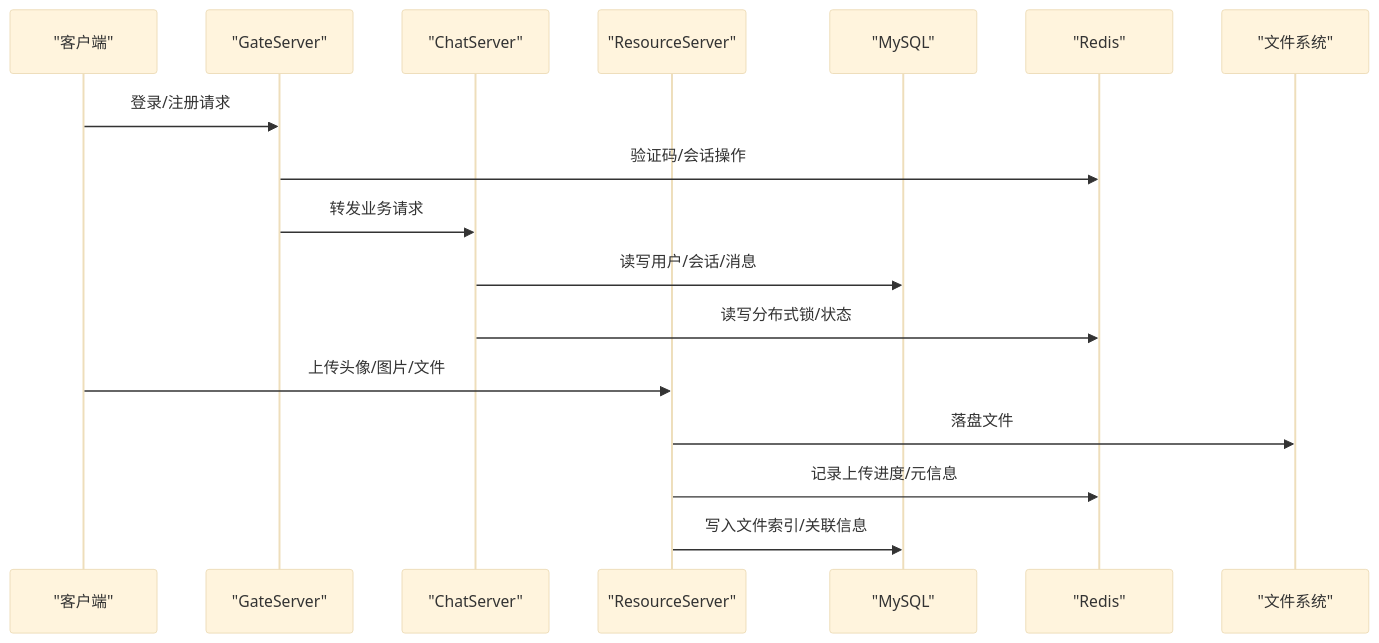
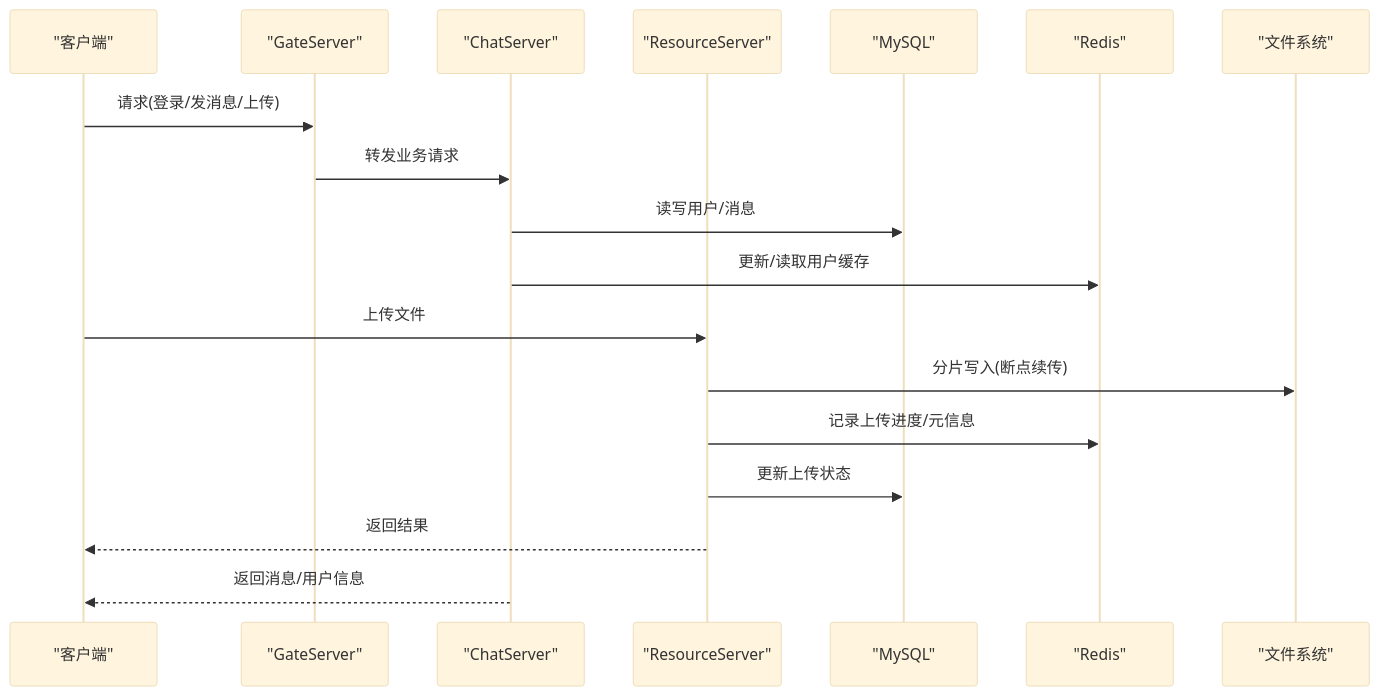
The second of 8 diagrams in .qoder/repowiki/zh/content/部署运维/备份恢复.md (echo9923/mychatter), drawn with Mermaid (base theme) before and after one commit. The commit also changed other lines of this file and 526 other files, not shown here.

````diff
--- a/.qoder/repowiki/zh/content/部署运维/备份恢复.md
+++ b/.qoder/repowiki/zh/content/部署运维/备份恢复.md
@@ -109,19 +111,20 @@
 ```mermaid
 sequenceDiagram
 participant Client as "客户端"
 participant Gate as "GateServer"
 participant Chat as "ChatServer"
 participant Res as "ResourceServer"
 participant DB as "MySQL"
-participant R as "Redis"
-participant FS as "文件系统"
-Client->>Gate : 登录/注册请求
-Gate->>R : 验证码/会话操作
+participant Cache as "Redis"
+participant Disk as "文件系统"
+Client->>Gate : 请求(登录/发消息/上传)
 Gate->>Chat : 转发业务请求
-Chat->>DB : 读写用户/会话/消息
-Chat->>R : 读写分布式锁/状态
-Client->>Res : 上传头像/图片/文件
-Res->>FS : 落盘文件
-Res->>R : 记录上传进度/元信息
-Res->>DB : 写入文件索引/关联信息
+Chat->>DB : 读写用户/消息
+Chat->>Cache : 更新/读取用户缓存
+Client->>Res : 上传文件
+Res->>Disk : 分片写入(断点续传)
+Res->>Cache : 记录上传进度/元信息
+Res->>DB : 更新上传状态
+Res-->>Client : 返回结果
+Chat-->>Client : 返回消息/用户信息
 ```
````
